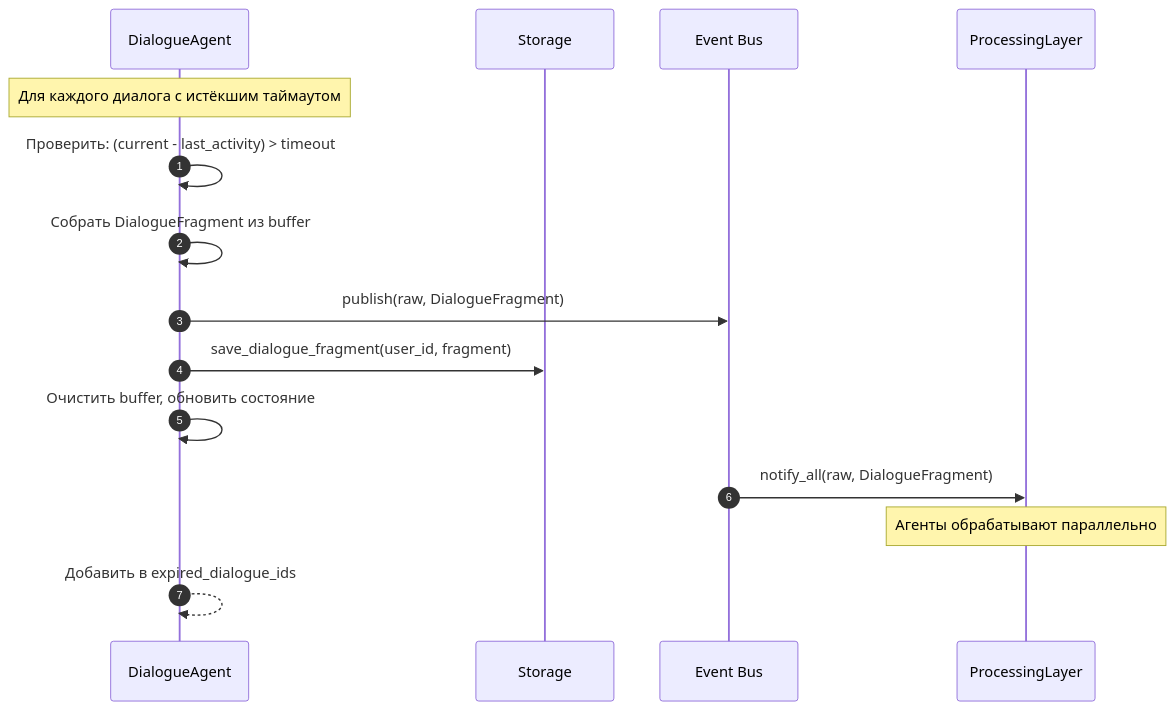
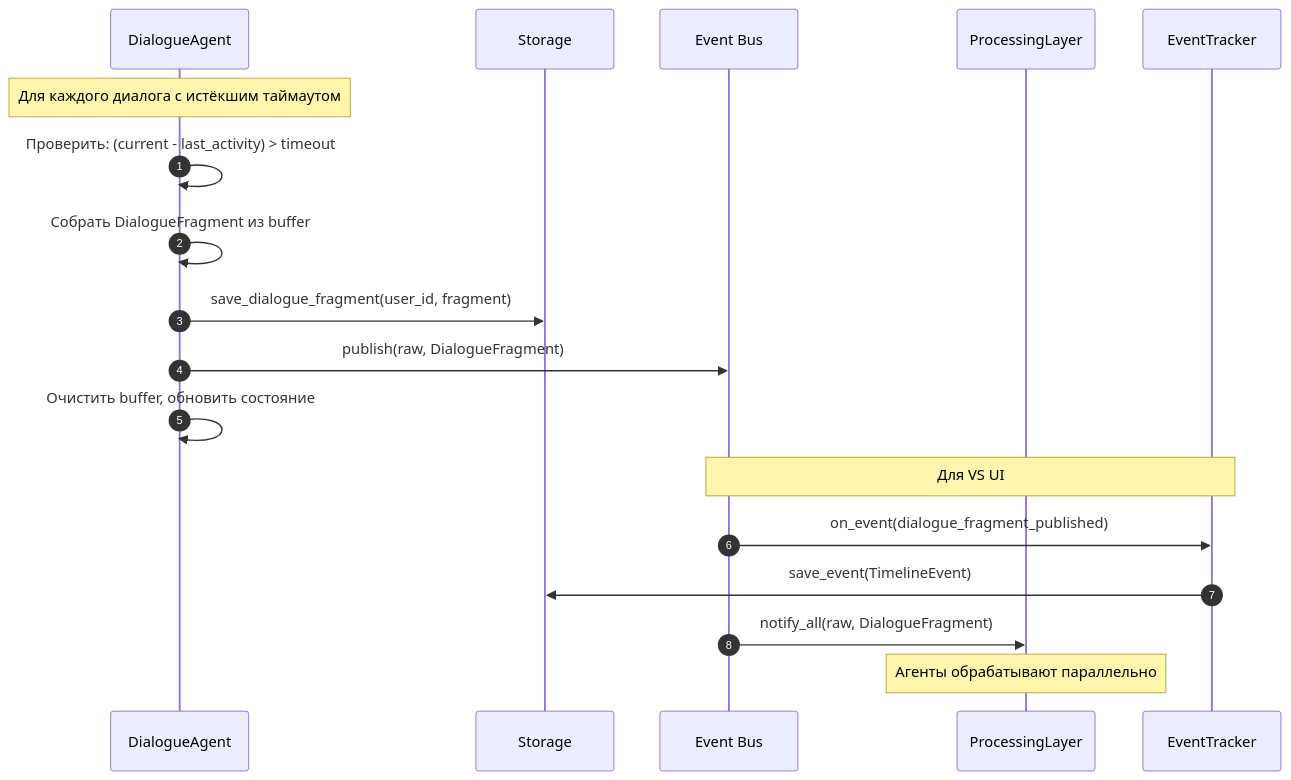
The fourth of 15 diagrams in 00_docs/architecture/runtime_architecture.md (Dieugene/team-assistant), drawn with Mermaid before and after one commit. The commit also changed other lines of this file, not shown here.

First line of the commit message:
Update runtime architecture

````diff
--- a/00_docs/architecture/runtime_architecture.md
+++ b/00_docs/architecture/runtime_architecture.md
@@ -180,21 +229,24 @@
 ```mermaid
 sequenceDiagram
     autonumber
     participant DA as DialogueAgent
     participant Storage as Storage
     participant EB as Event Bus
     participant PL as ProcessingLayer
+    participant ET as EventTracker
 
     Note over DA: Для каждого диалога с истёкшим таймаутом
 
     DA->>DA: Проверить: (current - last_activity) > timeout
     DA->>DA: Собрать DialogueFragment из buffer
+    DA->>Storage: save_dialogue_fragment(user_id, fragment)
     DA->>EB: publish(raw, DialogueFragment)
-    DA->>Storage: save_dialogue_fragment(user_id, fragment)
     DA->>DA: Очистить buffer, обновить состояние
+
+    Note over ET,EB: Для VS UI
+    EB->>ET: on_event(dialogue_fragment_published)
+    ET->>Storage: save_event(TimelineEvent)
 
     EB->>PL: notify_all(raw, DialogueFragment)
     Note over PL: Агенты обрабатывают параллельно
-
-    DA-->>DA: Добавить в expired_dialogue_ids
 ```
````
